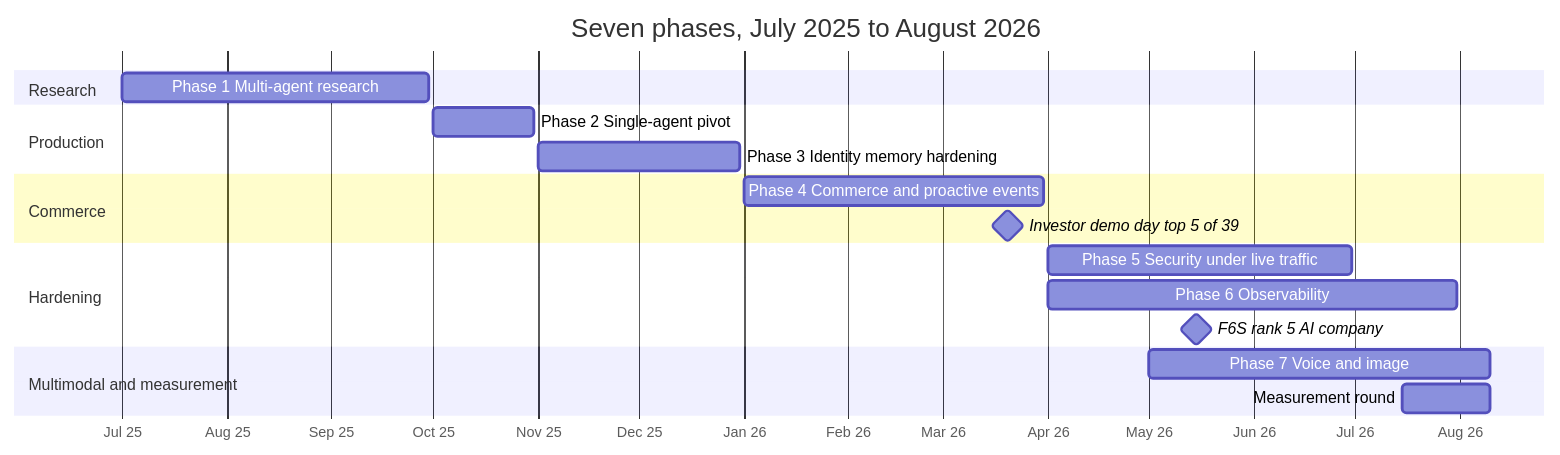
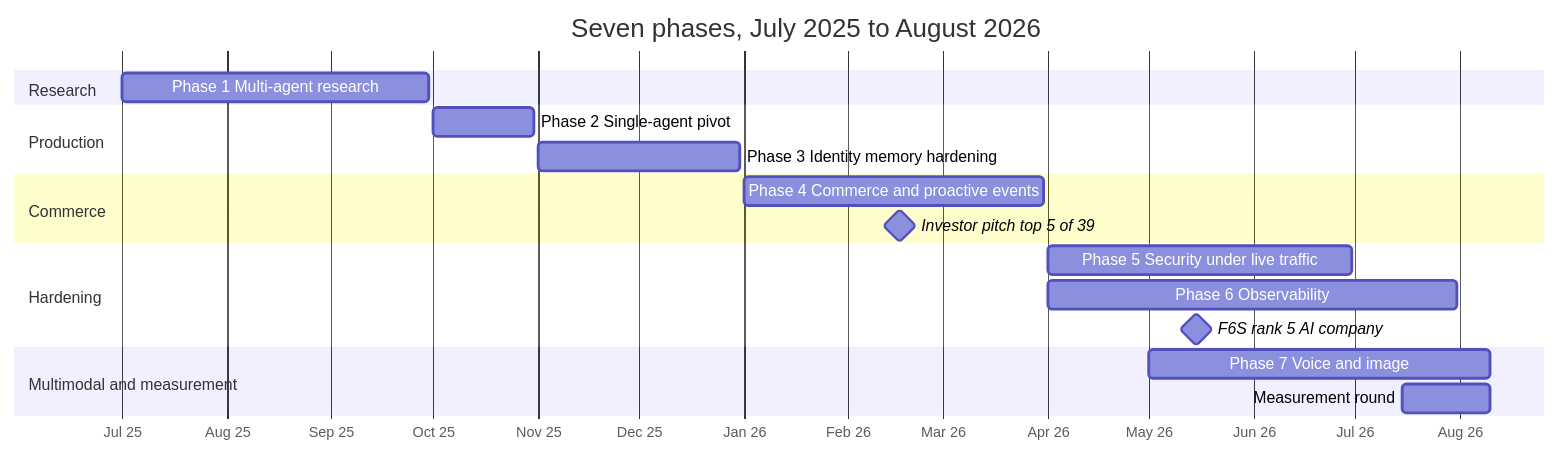
The first of 4 diagrams in docs/01-timeline.md (JoshPola96/enterprise-ai-agent-architecture-esim), drawn with Mermaid before and after one commit. The commit also changed other lines of this file and 4 other files, not shown here.

````diff
--- a/docs/01-timeline.md
+++ b/docs/01-timeline.md
@@ -17,21 +17,21 @@
 ```mermaid
 gantt
     title Seven phases, July 2025 to August 2026
     dateFormat YYYY-MM-DD
     axisFormat %b %y
     section Research
     Phase 1 Multi-agent research          :p1, 2025-07-01, 2025-09-30
     section Production
     Phase 2 Single-agent pivot            :p2, 2025-10-01, 2025-10-31
     Phase 3 Identity memory hardening     :p3, 2025-11-01, 2025-12-31
     section Commerce
     Phase 4 Commerce and proactive events :p4, 2026-01-01, 2026-03-31
-    Investor demo day top 5 of 39         :milestone, m1, 2026-03-20, 0d
+    Investor pitch top 5 of 39            :milestone, m1, 2026-02-16, 0d
     section Hardening
     Phase 5 Security under live traffic   :p5, 2026-04-01, 2026-06-30
     Phase 6 Observability                 :p6, 2026-04-01, 2026-07-31
     F6S rank 5 AI company                 :milestone, m2, 2026-05-15, 0d
     section Multimodal and measurement
     Phase 7 Voice and image               :p7, 2026-05-01, 2026-08-10
     Measurement round                     :p8, 2026-07-15, 2026-08-10
 ```
````
